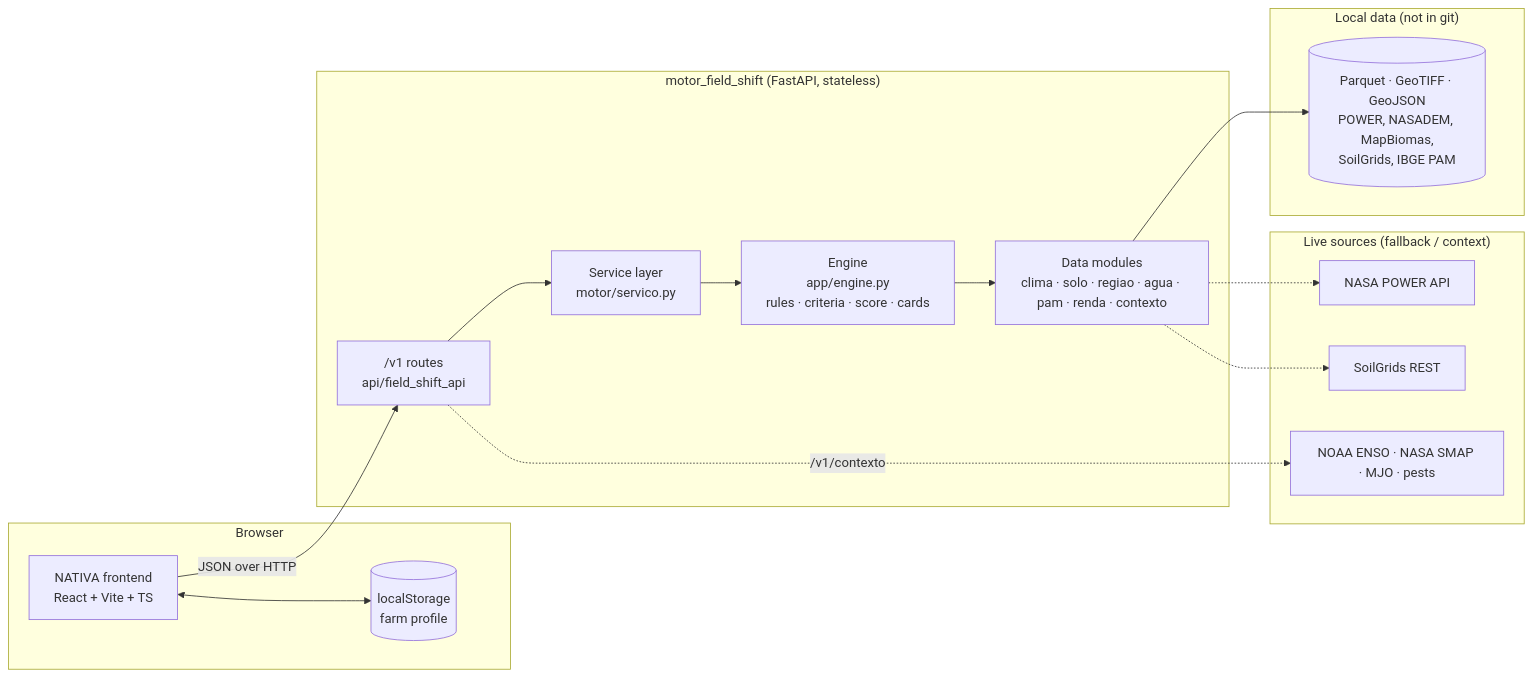
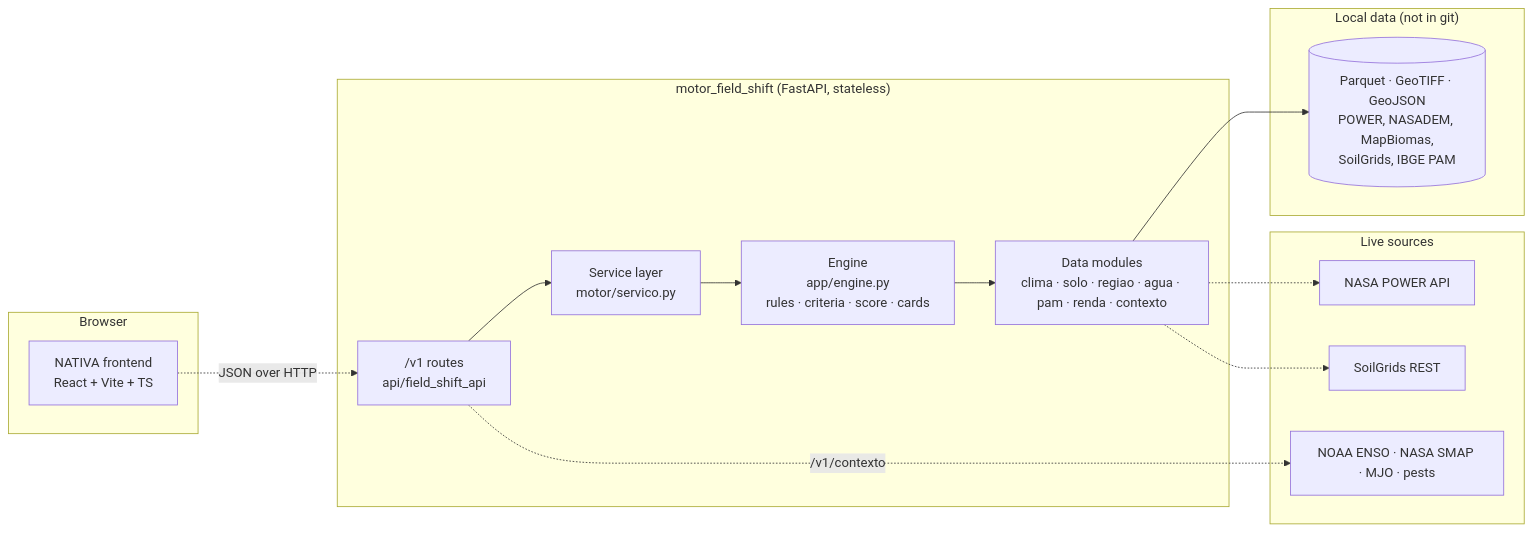
Before and after one commit to br-santella/Nativa: the first of 2 diagrams in README.md, drawn with Mermaid. The commit also changed other lines of this file and 6 other files, not shown here.

````diff
--- a/README.md
+++ b/README.md
@@ -140,32 +137,30 @@
 ```mermaid
 flowchart LR
     subgraph Browser
         UI["NATIVA frontend<br/>React + Vite + TS"]
-        LS[("localStorage<br/>farm profile")]
-        UI <--> LS
     end
 
     subgraph API["motor_field_shift (FastAPI, stateless)"]
         R["/v1 routes<br/>api/field_shift_api"]
         S["Service layer<br/>motor/servico.py"]
         E["Engine<br/>app/engine.py<br/>rules · criteria · score · cards"]
         M["Data modules<br/>clima · solo · regiao · agua · pam · renda · contexto"]
         R --> S --> E --> M
     end
 
     subgraph Local["Local data (not in git)"]
         D[("Parquet · GeoTIFF · GeoJSON<br/>POWER, NASADEM, MapBiomas,<br/>SoilGrids, IBGE PAM")]
     end
 
-    subgraph Live["Live sources (fallback / context)"]
+    subgraph Live["Live sources"]
         P["NASA POWER API"]
         SG["SoilGrids REST"]
         CX["NOAA ENSO · NASA SMAP · MJO · pests"]
     end
 
-    UI -- "JSON over HTTP" --> R
+    UI -. "JSON over HTTP" .-> R
     M --> D
     M -.-> P
     M -.-> SG
     R -. "/v1/contexto" .-> CX
 ```
````
